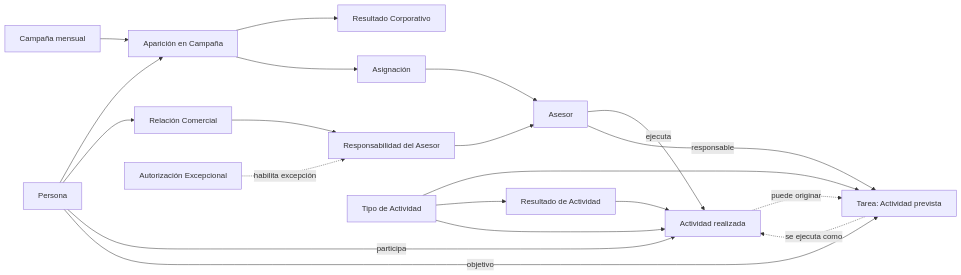
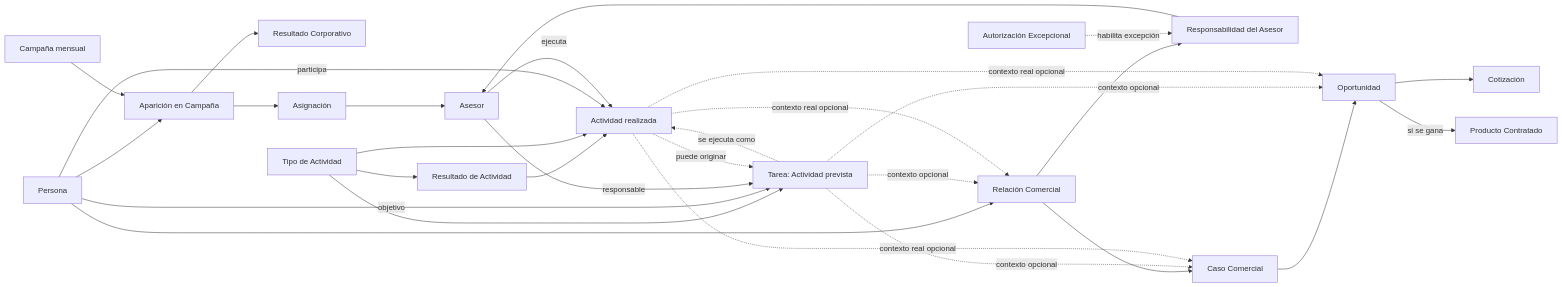
The diagram in docs/domain/commercial-model.md (guilledpn/KNwS7F_2a2LZ7MS), drawn with Mermaid before and after one commit. The commit also changed other lines of this file, not shown here.

Commit message:
docs(domain): consolidar desarrollo comercial en modelo

````diff
--- a/docs/domain/commercial-model.md
+++ b/docs/domain/commercial-model.md
@@ -49,38 +56,53 @@
 ```mermaid
 flowchart LR
     PERSONA[Persona]
     CAMPANIA[Campaña mensual]
     APARICION[Aparición en Campaña]
     RESULTADO[Resultado Corporativo]
     ASIGNACION[Asignación]
     ASESOR[Asesor]
     RELACION[Relación Comercial]
     RESPONSABILIDAD[Responsabilidad del Asesor]
     AUTORIZACION[Autorización Excepcional]
+    CASO[Caso Comercial]
+    OPORTUNIDAD[Oportunidad]
+    COTIZACION[Cotización]
+    PRODUCTO[Producto Contratado]
     TIPO[Tipo de Actividad]
     RESACT[Resultado de Actividad]
     ACTIVIDAD[Actividad realizada]
     TAREA[Tarea: Actividad prevista]
 
     PERSONA --> APARICION
     CAMPANIA --> APARICION
     APARICION --> RESULTADO
     APARICION --> ASIGNACION
     ASIGNACION --> ASESOR
 
     PERSONA --> RELACION
     RELACION --> RESPONSABILIDAD
     RESPONSABILIDAD --> ASESOR
     AUTORIZACION -. habilita excepción .-> RESPONSABILIDAD
 
+    RELACION --> CASO
+    CASO --> OPORTUNIDAD
+    OPORTUNIDAD --> COTIZACION
+    OPORTUNIDAD -->|si se gana| PRODUCTO
+
     TIPO --> TAREA
     TIPO --> RESACT
     RESACT --> ACTIVIDAD
     TIPO --> ACTIVIDAD
     PERSONA -->|participa| ACTIVIDAD
     ASESOR -->|ejecuta| ACTIVIDAD
     PERSONA -->|objetivo| TAREA
     ASESOR -->|responsable| TAREA
     ACTIVIDAD -. puede originar .-> TAREA
     TAREA -. se ejecuta como .-> ACTIVIDAD
+    TAREA -. contexto opcional .-> RELACION
+    TAREA -. contexto opcional .-> CASO
+    TAREA -. contexto opcional .-> OPORTUNIDAD
+    ACTIVIDAD -. contexto real opcional .-> RELACION
+    ACTIVIDAD -. contexto real opcional .-> CASO
+    ACTIVIDAD -. contexto real opcional .-> OPORTUNIDAD
 ```
````
